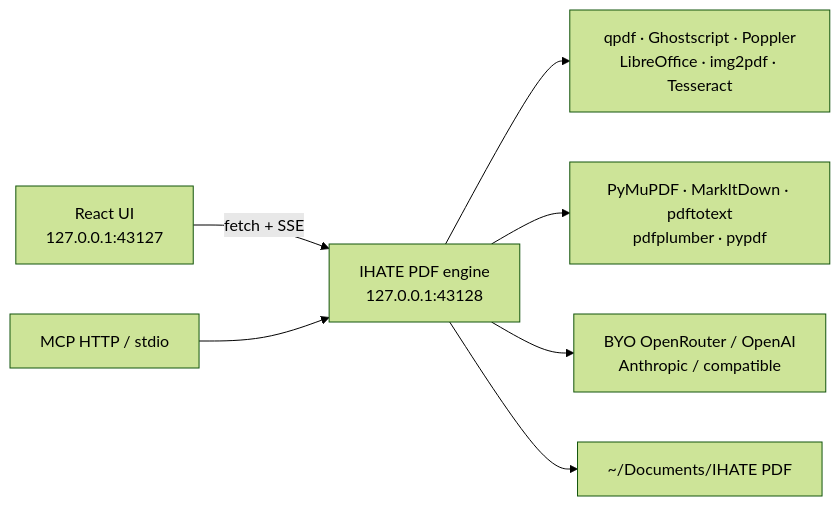
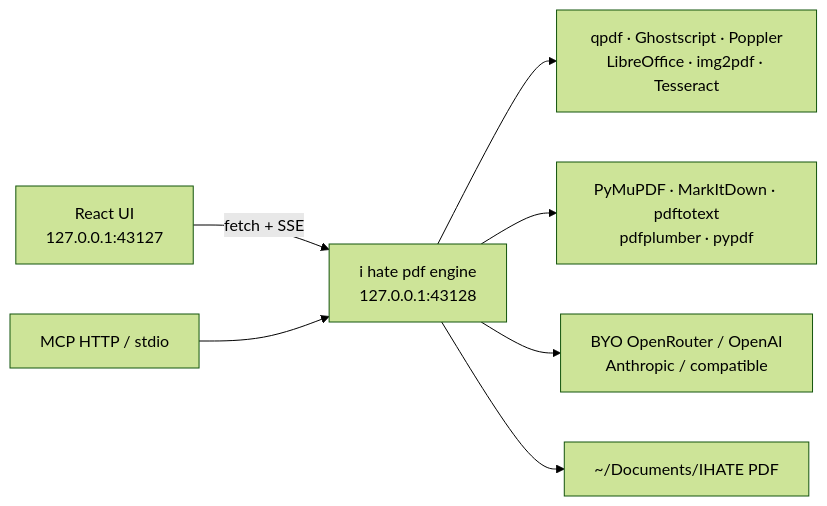
One commit to imodoiepale/ihate-pdf changed the diagram in README.md. Above: the diagram before and after it, drawn with Mermaid (forest theme). The commit also changed other lines of this file and 9 other files, not shown here.

First line of the commit message:
Lock the wordmark as a red i plus lowercase hate pdf.

````diff
--- a/README.md
+++ b/README.md
@@ -166,9 +99,9 @@
 ```mermaid
 flowchart LR
-  UI["React UI<br/>127.0.0.1:43127"] -->|fetch + SSE| Engine["IHATE PDF engine<br/>127.0.0.1:43128"]
+  UI["React UI<br/>127.0.0.1:43127"] -->|fetch + SSE| Engine["i hate pdf engine<br/>127.0.0.1:43128"]
   MCP["MCP HTTP / stdio"] --> Engine
   Engine --> CLI["qpdf · Ghostscript · Poppler<br/>LibreOffice · img2pdf · Tesseract"]
   Engine --> Parse["PyMuPDF · MarkItDown · pdftotext<br/>pdfplumber · pypdf"]
   Engine --> LLM["BYO OpenRouter / OpenAI<br/>Anthropic / compatible"]
   Engine --> Disk["~/Documents/IHATE PDF"]
 ```
````
